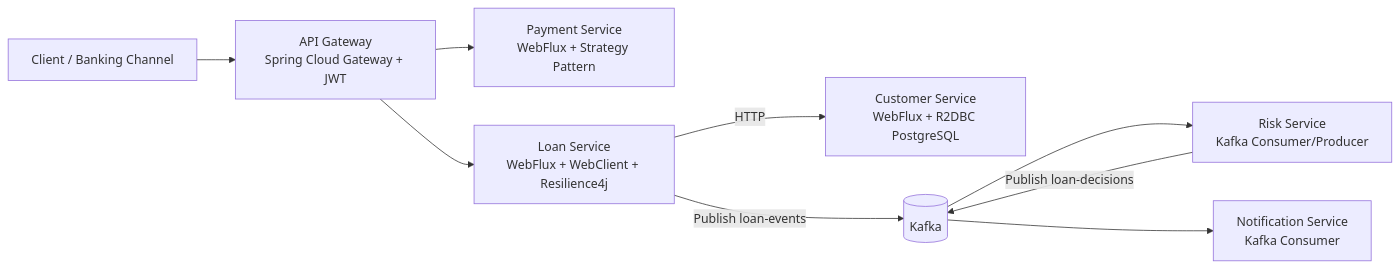
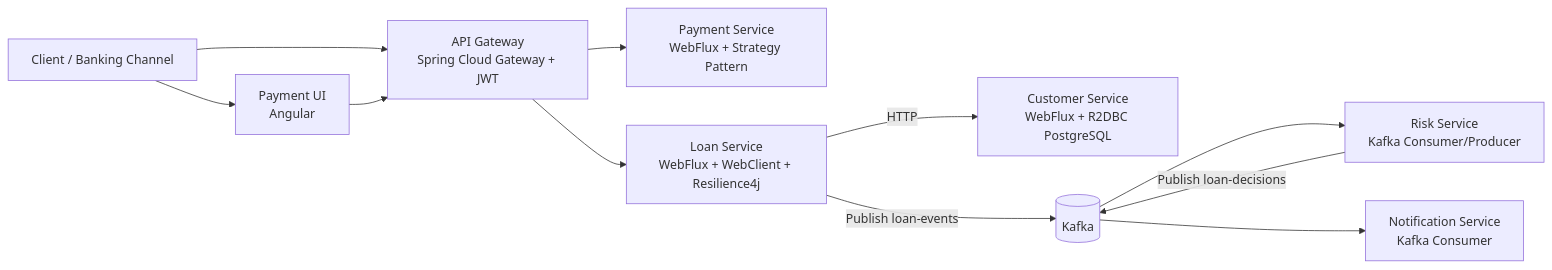
Before and after one commit to kimchinuk/banking-reactive-platform: the first of 2 diagrams in docs/architecture.md, drawn with Mermaid. The commit also changed other lines of this file and 7 other files, not shown here.

Commit message:
v2, added payment-ui in Angular

````diff
--- a/docs/architecture.md
+++ b/docs/architecture.md
@@ -5,17 +5,20 @@
 ```mermaid
 flowchart LR
     A[Client / Banking Channel] --> G[API Gateway
 Spring Cloud Gateway + JWT]
+    A --> U[Payment UI
+Angular]
+    U --> G
     G --> P[Payment Service
 WebFlux + Strategy Pattern]
     G --> L[Loan Service
 WebFlux + WebClient + Resilience4j]
     L -->|HTTP| C[Customer Service
 WebFlux + R2DBC PostgreSQL]
     L -->|Publish loan-events| K[(Kafka)]
     K --> R[Risk Service
 Kafka Consumer/Producer]
     R -->|Publish loan-decisions| K
     K --> N[Notification Service
 Kafka Consumer]
 ```
````
